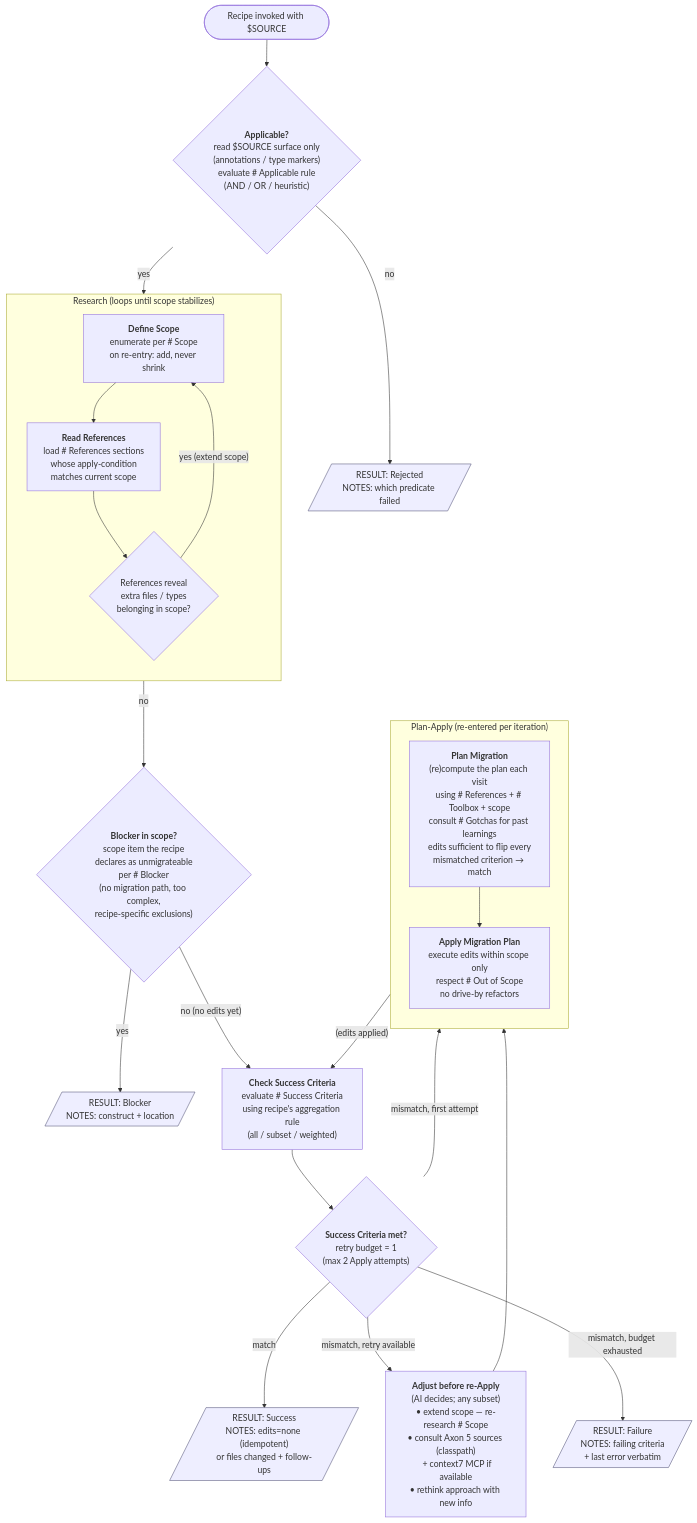
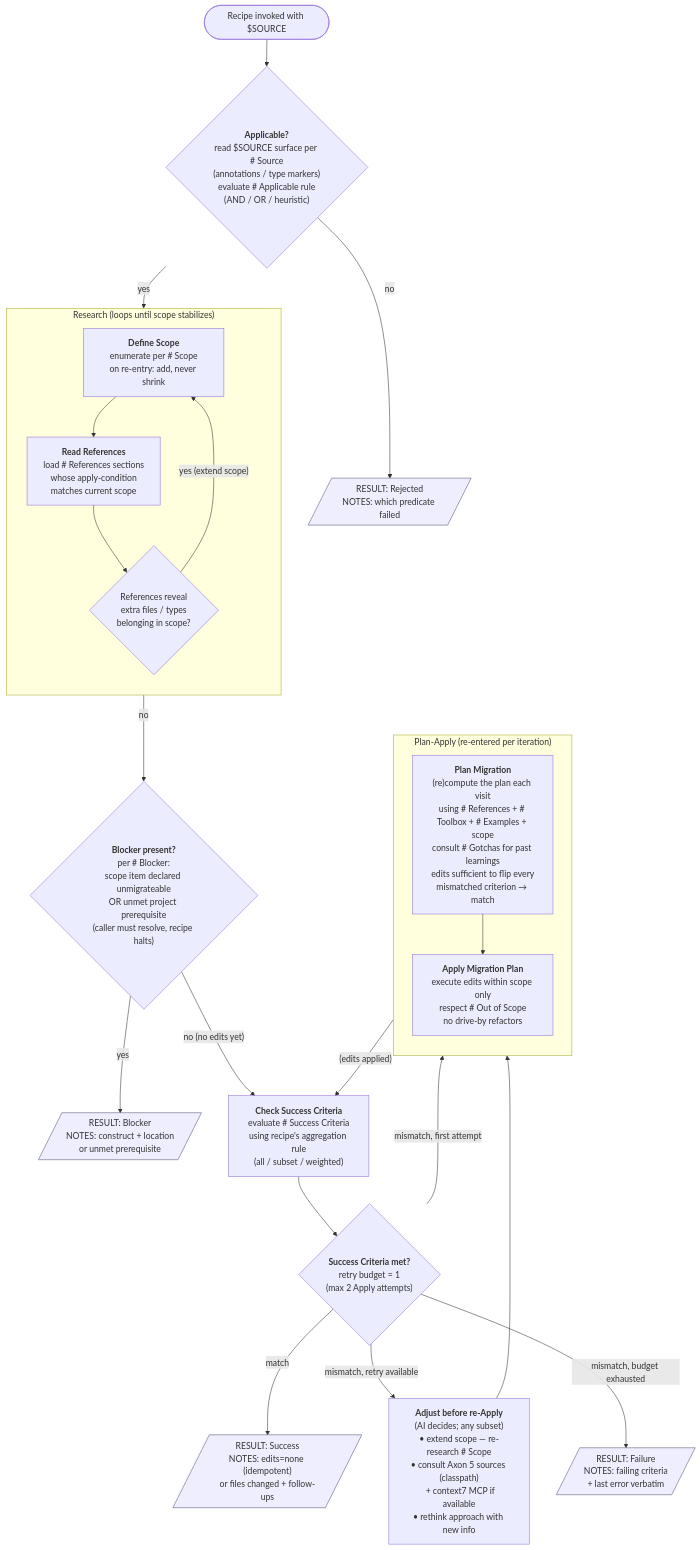
One commit to AxonIQ/agent-skills changed the diagram in skills/axon4to5-migrate/references/recipes/FLOW.md. Above: the diagram before and after it, drawn with Mermaid. The commit also changed other lines of this file and 2 other files, not shown here.

First line of the commit message:
skills(axon4to5-migrate): refine recipe structure, clarify blockers, and introduce `DEFAULT.md`

````diff
--- a/skills/axon4to5-migrate/references/recipes/FLOW.md
+++ b/skills/axon4to5-migrate/references/recipes/FLOW.md
@@ -7,39 +7,39 @@
 ```mermaid
 flowchart TD
-    S(["Recipe invoked with $SOURCE"]) --> S1{"<b>Applicable?</b><br/>read $SOURCE surface only<br/>(annotations / type markers)<br/>evaluate # Applicable rule<br/>(AND / OR / heuristic)"}
+    S(["Recipe invoked with $SOURCE"]) --> S1{"<b>Applicable?</b><br/>read $SOURCE surface per # Source<br/>(annotations / type markers)<br/>evaluate # Applicable rule<br/>(AND / OR / heuristic)"}
     S1 -- no --> RJ[/"RESULT: Rejected<br/>NOTES: which predicate failed"/]
     S1 -- yes --> S2
 
     subgraph RESEARCH ["Research (loops until scope stabilizes)"]
         direction TB
         S2["<b>Define Scope</b><br/>enumerate per # Scope<br/>on re-entry: add, never shrink"]
         S3["<b>Read References</b><br/>load # References sections<br/>whose apply-condition<br/>matches current scope"]
         SQ{"References reveal<br/>extra files / types<br/>belonging in scope?"}
         S2 --> S3 --> SQ
         SQ -- "yes (extend scope)" --> S2
     end
 
-    SQ -- no --> S4{"<b>Blocker in scope?</b><br/>scope item the recipe<br/>declares as unmigrateable<br/>per # Blocker<br/>(no migration path, too complex,<br/>recipe-specific exclusions)"}
-    S4 -- yes --> BL[/"RESULT: Blocker<br/>NOTES: construct + location"/]
+    SQ -- no --> S4{"<b>Blocker present?</b><br/>per # Blocker:<br/>scope item declared unmigrateable<br/>OR unmet project prerequisite<br/>(caller must resolve, recipe halts)"}
+    S4 -- yes --> BL[/"RESULT: Blocker<br/>NOTES: construct + location<br/>or unmet prerequisite"/]
     S4 -- "no (no edits yet)" --> S5
 
     S5["<b>Check Success Criteria</b><br/>evaluate # Success Criteria<br/>using recipe's aggregation rule<br/>(all / subset / weighted)"]
     S5 --> S5Q{"<b>Success Criteria met?</b><br/>retry budget = 1<br/>(max 2 Apply attempts)"}
     S5Q -- "match" --> SC[/"RESULT: Success<br/>NOTES: edits=none (idempotent)<br/>or files changed + follow-ups"/]
     S5Q -- "mismatch, first attempt" --> S6
     S5Q -- "mismatch, retry available" --> ADJ["<b>Adjust before re-Apply</b><br/>(AI decides; any subset)<br/>• extend scope — re-research # Scope<br/>• consult Axon 5 sources (classpath)<br/>&nbsp;&nbsp;+ context7 MCP if available<br/>• rethink approach with new info"]
     S5Q -- "mismatch, budget exhausted" --> FL[/"RESULT: Failure<br/>NOTES: failing criteria<br/>+ last error verbatim"/]
 
     ADJ --> S6
 
     subgraph PLAN_APPLY ["Plan-Apply (re-entered per iteration)"]
         direction TB
-        S6["<b>Plan Migration</b><br/>(re)compute the plan each visit<br/>using # References + # Toolbox + scope<br/>consult # Gotchas for past learnings<br/>edits sufficient to flip every<br/>mismatched criterion → match"]
+        S6["<b>Plan Migration</b><br/>(re)compute the plan each visit<br/>using # References + # Toolbox + # Examples + scope<br/>consult # Gotchas for past learnings<br/>edits sufficient to flip every<br/>mismatched criterion → match"]
         S7["<b>Apply Migration Plan</b><br/>execute edits within scope only<br/>respect # Out of Scope<br/>no drive-by refactors"]
         S6 --> S7
     end
     S7 -- "(edits applied)" --> S5
 
     classDef result fill:#eef,stroke:#557,stroke-width:1px;
     class RJ,BL,SC,FL result;
 ```
````
